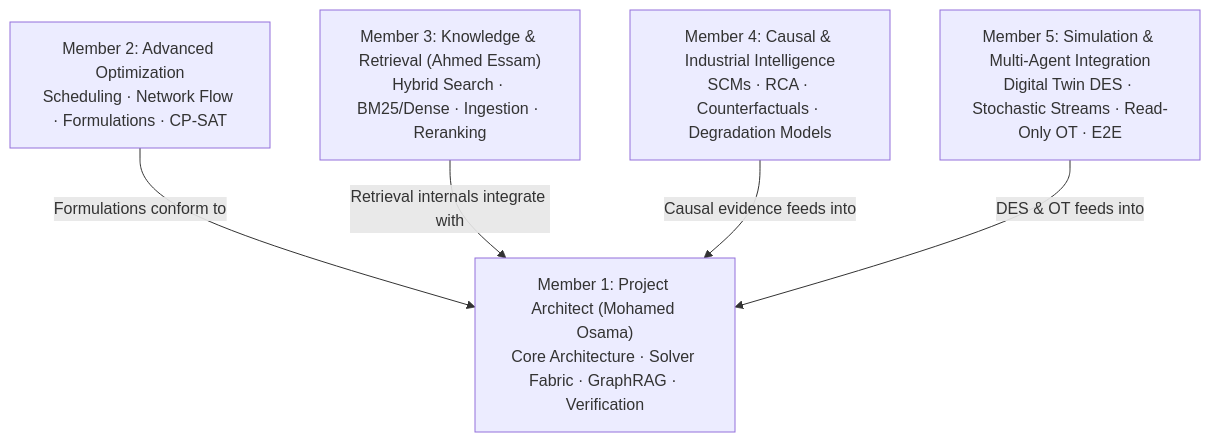
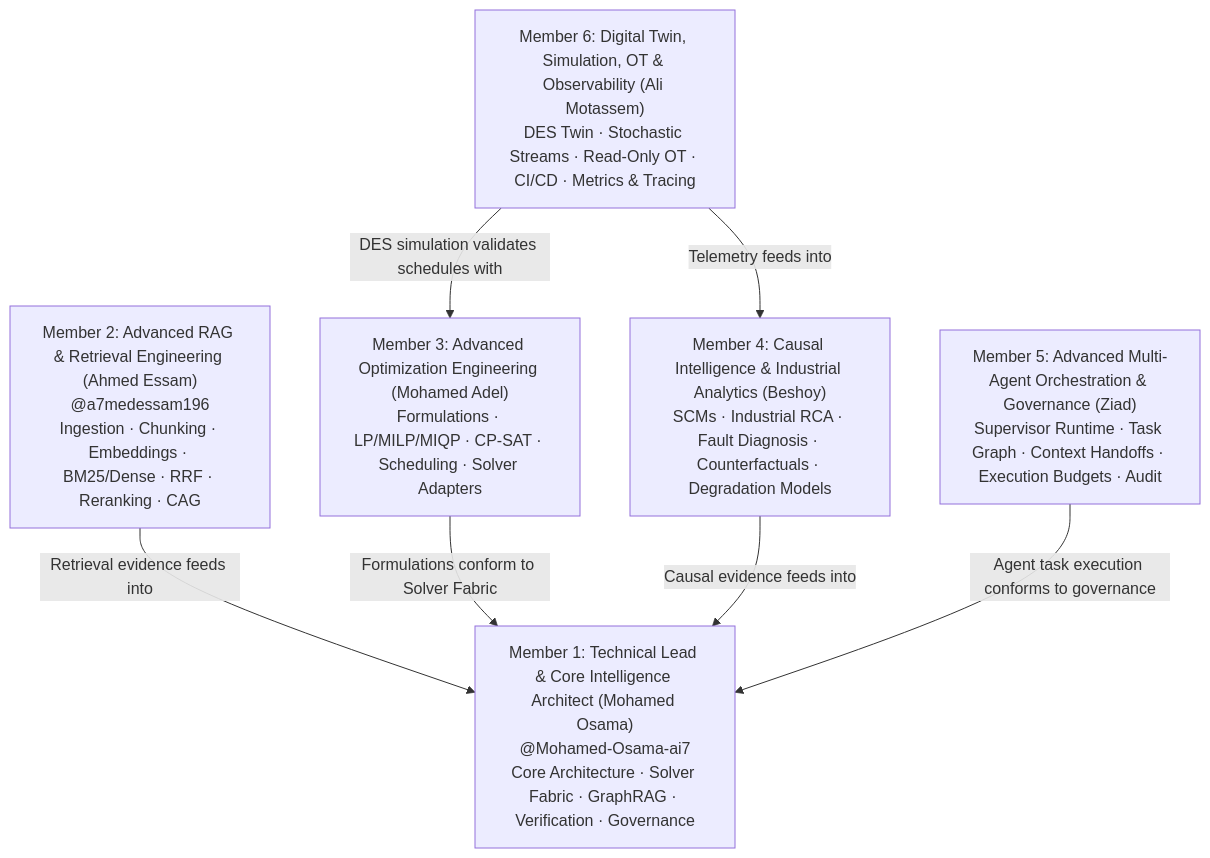
The diagram in docs/qorvexa/TEAM_WORKSTREAMS.md (Mohamed-Osama-ai7/QORVEXA), drawn with Mermaid before and after one commit. The commit also changed other lines of this file and 12 other files, not shown here.

````diff
--- a/docs/qorvexa/TEAM_WORKSTREAMS.md
+++ b/docs/qorvexa/TEAM_WORKSTREAMS.md
@@ -22,13 +23,16 @@
 ```mermaid
 flowchart TD
-    M1["Member 1: Project Architect (Mohamed Osama)\nCore Architecture · Solver Fabric · GraphRAG · Verification"]
-    M2["Member 2: Advanced Optimization\nScheduling · Network Flow · Formulations · CP-SAT"]
-    M3["Member 3: Knowledge & Retrieval (Ahmed Essam)\nHybrid Search · BM25/Dense · Ingestion · Reranking"]
-    M4["Member 4: Causal & Industrial Intelligence\nSCMs · RCA · Counterfactuals · Degradation Models"]
-    M5["Member 5: Simulation & Multi-Agent Integration\nDigital Twin DES · Stochastic Streams · Read-Only OT · E2E"]
+    M1["Member 1: Technical Lead & Core Intelligence Architect (Mohamed Osama)\n@Mohamed-Osama-ai7\nCore Architecture · Solver Fabric · GraphRAG · Verification · Governance"]
+    M2["Member 2: Advanced RAG & Retrieval Engineering (Ahmed Essam)\n@a7medessam196\nIngestion · Chunking · Embeddings · BM25/Dense · RRF · Reranking · CAG"]
+    M3["Member 3: Advanced Optimization Engineering (Mohamed Adel)\nFormulations · LP/MILP/MIQP · CP-SAT · Scheduling · Solver Adapters"]
+    M4["Member 4: Causal Intelligence & Industrial Analytics (Beshoy)\nSCMs · Industrial RCA · Fault Diagnosis · Counterfactuals · Degradation Models"]
+    M5["Member 5: Advanced Multi-Agent Orchestration & Governance (Ziad)\nSupervisor Runtime · Task Graph · Context Handoffs · Execution Budgets · Audit"]
+    M6["Member 6: Digital Twin, Simulation, OT & Observability (Ali Motassem)\nDES Twin · Stochastic Streams · Read-Only OT · CI/CD · Metrics & Tracing"]
 
-    M2 -->|Formulations conform to| M1
-    M3 -->|Retrieval internals integrate with| M1
+    M2 -->|Retrieval evidence feeds into| M1
+    M3 -->|Formulations conform to Solver Fabric| M1
     M4 -->|Causal evidence feeds into| M1
-    M5 -->|DES & OT feeds into| M1
+    M5 -->|Agent task execution conforms to governance| M1
+    M6 -->|DES simulation validates schedules with| M3
+    M6 -->|Telemetry feeds into| M4
 ```
````
